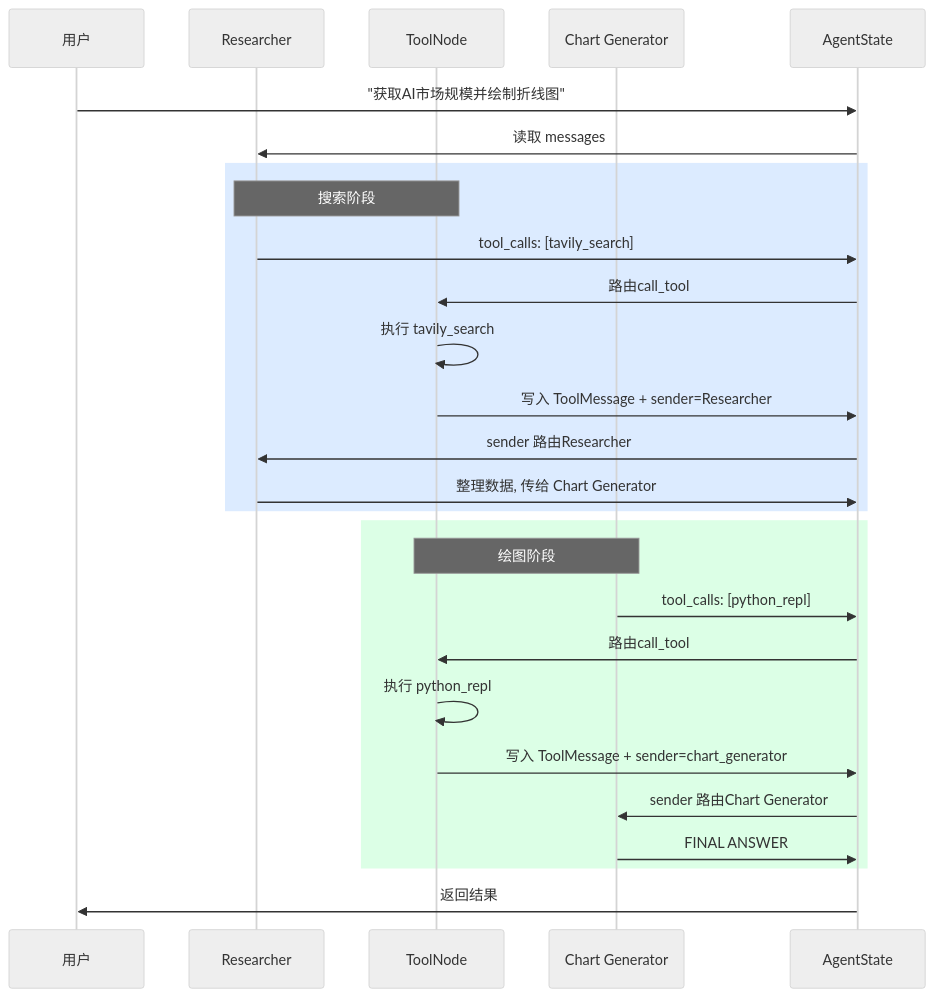
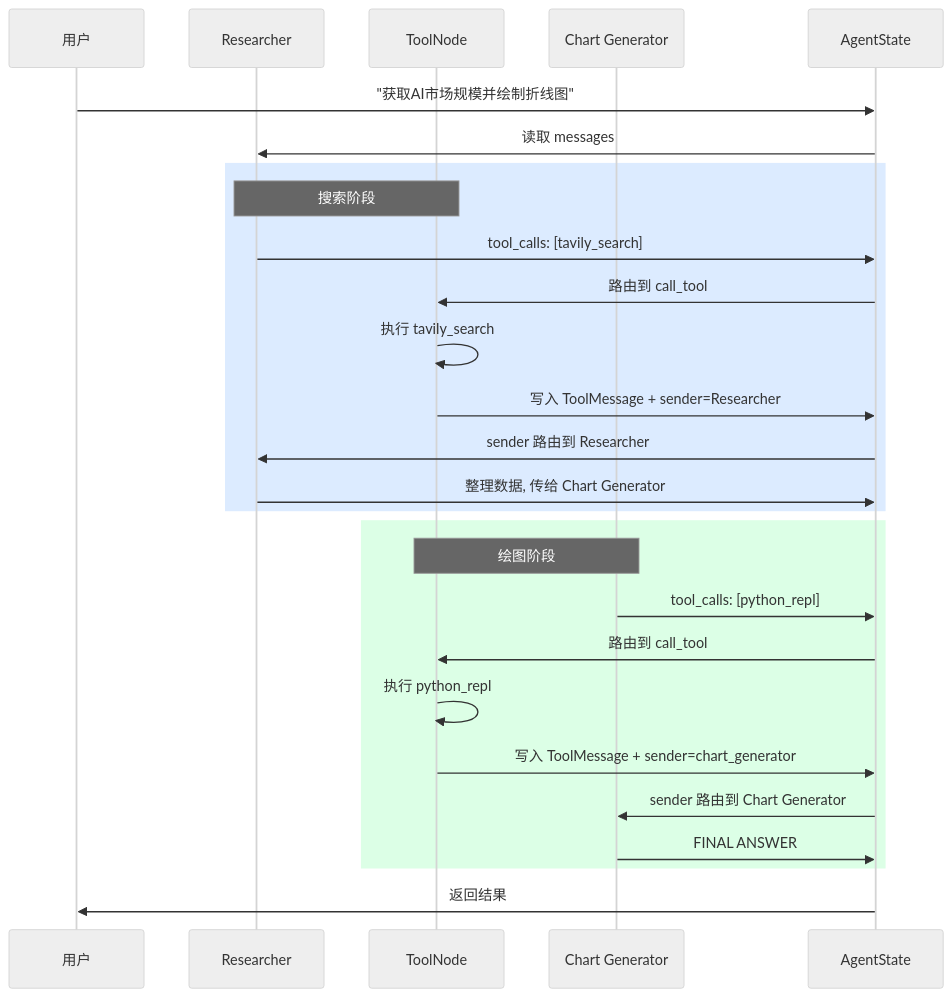
Before and after one commit to shuh-ai/agent-dev-guide: the third of 11 diagrams in 02-开发框架与平台/LangGraph/04-多Agent协作.md, drawn with Mermaid (neutral theme). The commit also changed other lines of this file and 9 other files, not shown here.

Commit message:
fix：细化核心图表及相关描述，提升逻辑清晰度

````diff
--- a/02-开发框架与平台/LangGraph/04-多Agent协作.md
+++ b/02-开发框架与平台/LangGraph/04-多Agent协作.md
@@ -101,33 +101,33 @@
 ```mermaid
 sequenceDiagram
     participant U as 用户
     participant R as Researcher
     participant T as ToolNode
     participant C as Chart Generator
     participant S as AgentState
 
     U->>S: "获取AI市场规模并绘制折线图"
     S->>R: 读取 messages
 
     rect rgb(220, 235, 255)
     Note over R,T: 搜索阶段
     R->>S: tool_calls: [tavily_search]
-    S->>T: 路由call_tool
+    S->>T: 路由到 call_tool
     T->>T: 执行 tavily_search
     T->>S: 写入 ToolMessage + sender=Researcher
-    S->>R: sender 路由Researcher
+    S->>R: sender 路由到 Researcher
     R->>S: 整理数据, 传给 Chart Generator
     end
 
     rect rgb(220, 255, 230)
     Note over C,T: 绘图阶段
     C->>S: tool_calls: [python_repl]
-    S->>T: 路由call_tool
+    S->>T: 路由到 call_tool
     T->>T: 执行 python_repl
     T->>S: 写入 ToolMessage + sender=chart_generator
-    S->>C: sender 路由Chart Generator
+    S->>C: sender 路由到 Chart Generator
     C->>S: FINAL ANSWER
     end
 
     S->>U: 返回结果
 ```
````
